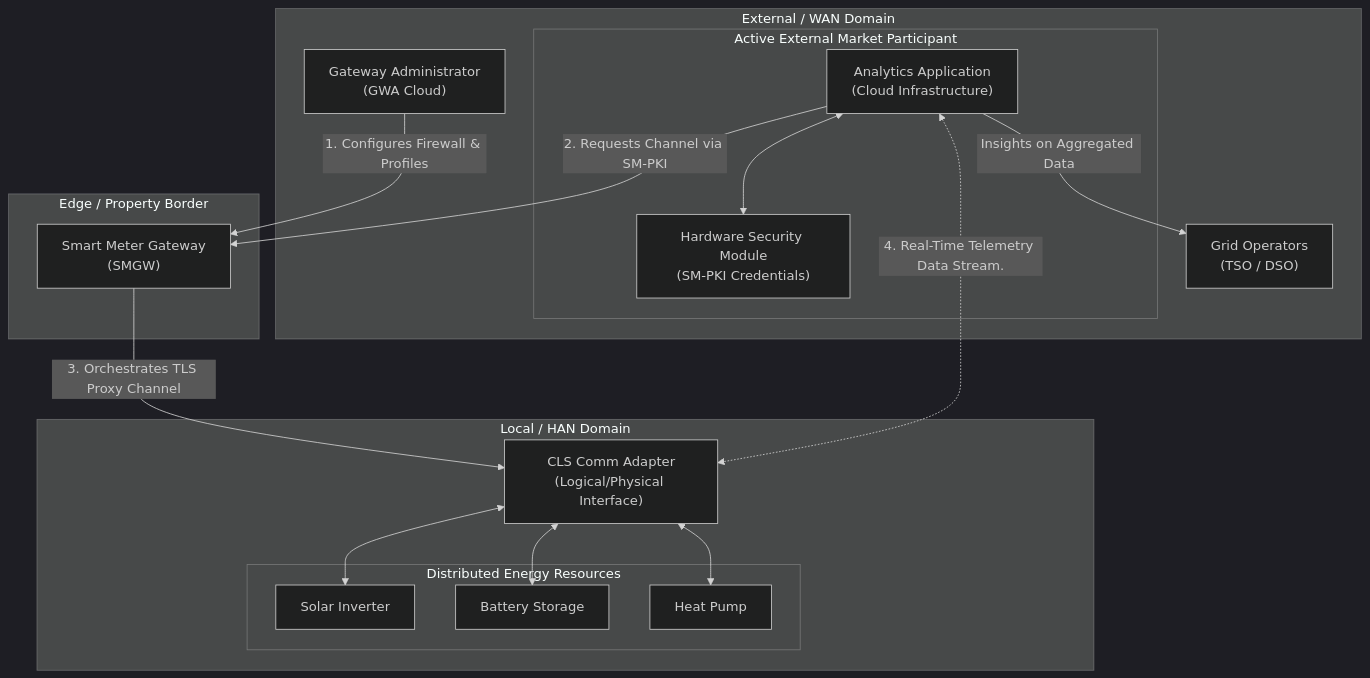
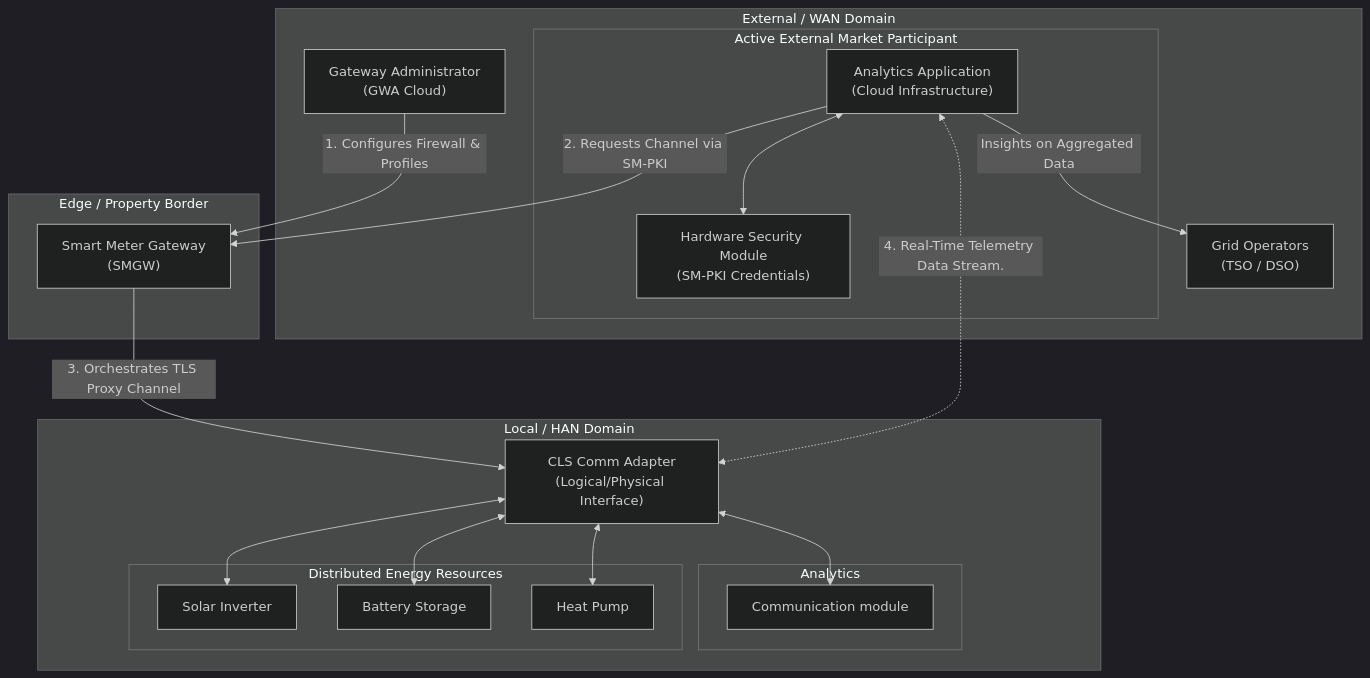
One commit to sbhrwl/microservices changed the diagram in CLS.md. Above: the diagram before and after it, drawn with Mermaid (dark theme).

````diff
--- a/CLS.md
+++ b/CLS.md
@@ -2,42 +2,47 @@
 ```mermaid
 graph TD
     %% External / WAN Domain
     subgraph WAN [External / WAN Domain]
         subgraph EMT [Active External Market Participant]
             App["Analytics Application<br/>(Cloud Infrastructure)"]
             HSM["Hardware Security Module<br/>(SM-PKI Credentials)"]
             App <--> HSM
         end
         
         GWA["Gateway Administrator<br/>(GWA Cloud)"]
         Operators["Grid Operators<br/>(TSO / DSO)"]
         
         App -->|Insights on Aggregated Data| Operators
     end
 
     %% Edge Border
     subgraph Edge [Edge / Property Border]
         SMGW["Smart Meter Gateway<br/>(SMGW)"]
     end
 
     %% Local / HAN Domain
     subgraph HAN [Local / HAN Domain]
         CLS["CLS Comm Adapter<br/>(Logical/Physical Interface)"]
+
+        subgraph E660 [Analytics]
+            E66C["Communication module"]
+        end
         
         subgraph DER [Distributed Energy Resources]
             Inverter["Solar Inverter"]
             Battery["Battery Storage"]
             HP["Heat Pump"]
         end
         
         CLS <--> Inverter
         CLS <--> Battery
         CLS <--> HP
+        CLS <--> E66C
     end
 
     %% Operational Orchestration and Data Flow
     GWA -->|1. Configures Firewall & Profiles| SMGW
     App -->|2. Requests Channel via SM-PKI| SMGW
     SMGW -->|3. Orchestrates TLS Proxy Channel| CLS
     App <.->|4. Real-Time Telemetry Data Stream.| CLS
 ```
````
